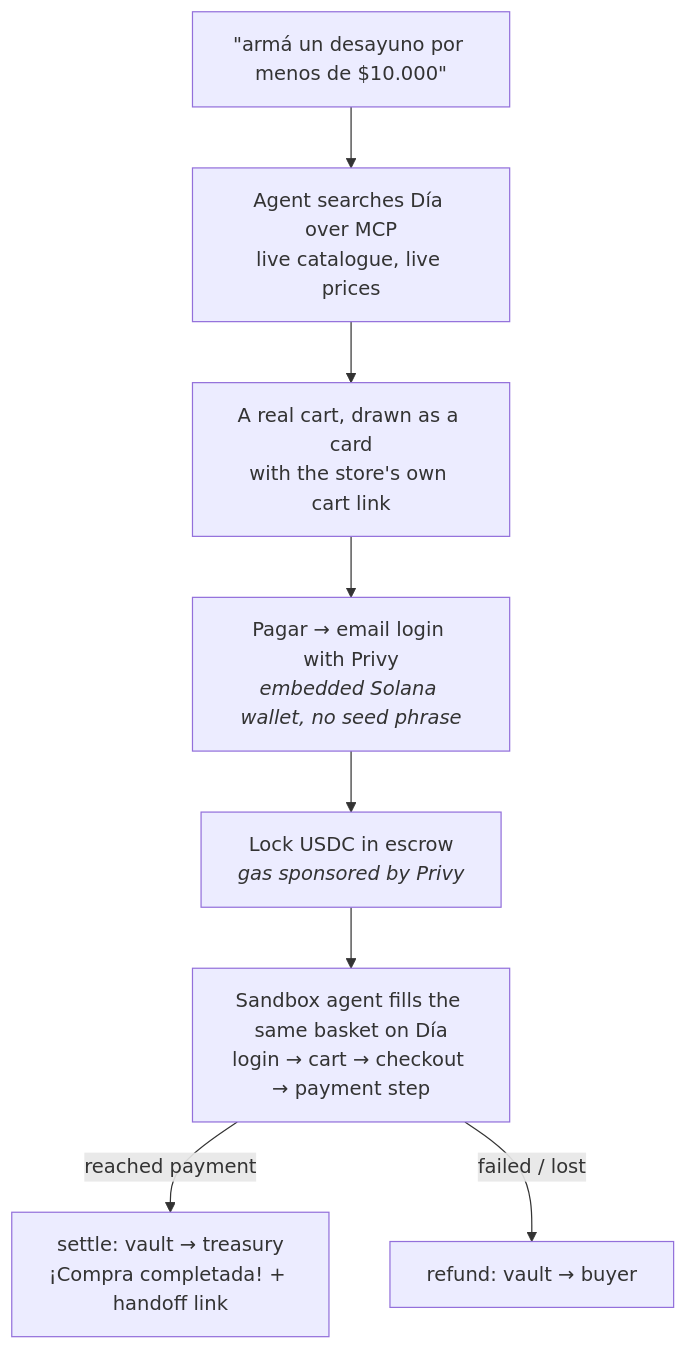
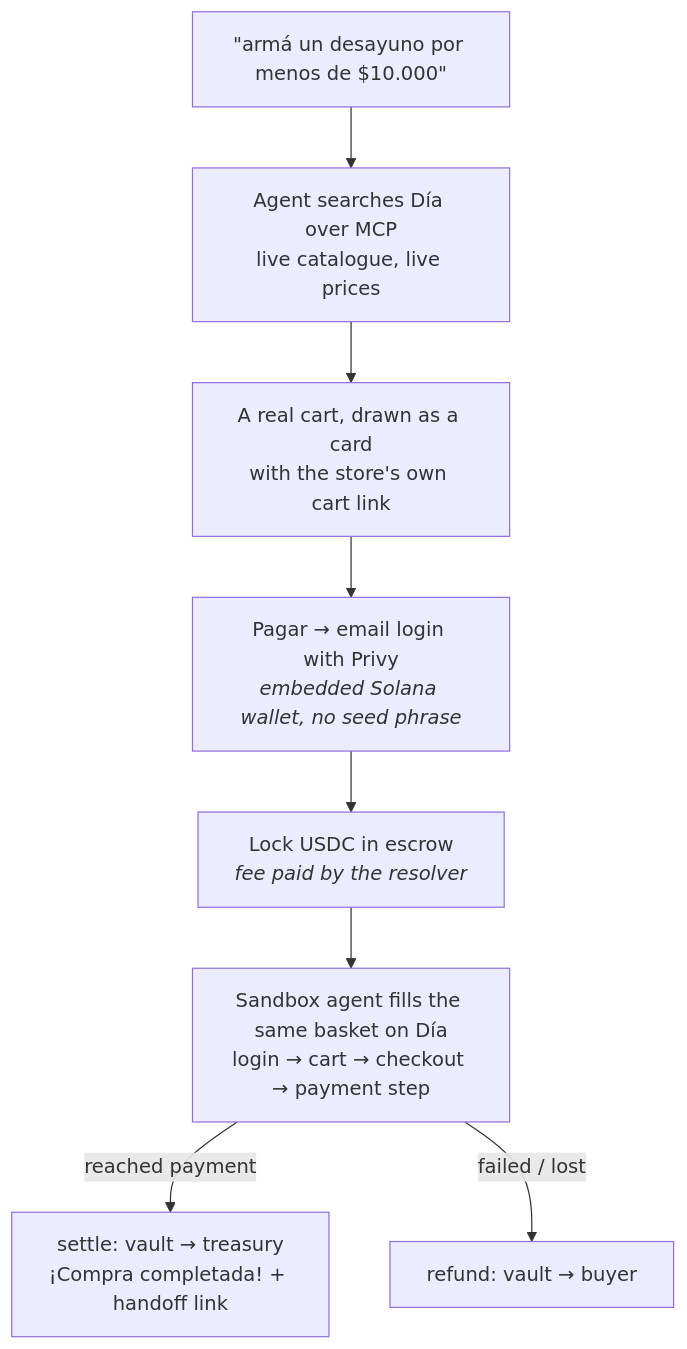
The first of 3 diagrams in README.md (raptor0929/solana-changuito), drawn with Mermaid before and after one commit. The commit also changed other lines of this file and 10 other files, not shown here.

First line of the commit message:
docs: resolver-paid fees and the live sandbox run

````diff
--- a/README.md
+++ b/README.md
@@ -69,10 +69,10 @@
 ```mermaid
 flowchart TD
     A["#quot;armá un desayuno por menos de $10.000#quot;"] --> B["Agent searches Día over MCP<br/>live catalogue, live prices"]
     B --> C["A real cart, drawn as a card<br/>with the store's own cart link"]
     C --> D["Pagar → email login with Privy<br/><i>embedded Solana wallet, no seed phrase</i>"]
-    D --> E["Lock USDC in escrow<br/><i>gas sponsored by Privy</i>"]
+    D --> E["Lock USDC in escrow<br/><i>fee paid by the resolver</i>"]
     E --> F["Sandbox agent fills the same basket on Día<br/>login → cart → checkout → payment step"]
     F -->|reached payment| G["settle: vault → treasury<br/>¡Compra completada! + handoff link"]
     F -->|failed / lost| H["refund: vault → buyer"]
 ```
````
